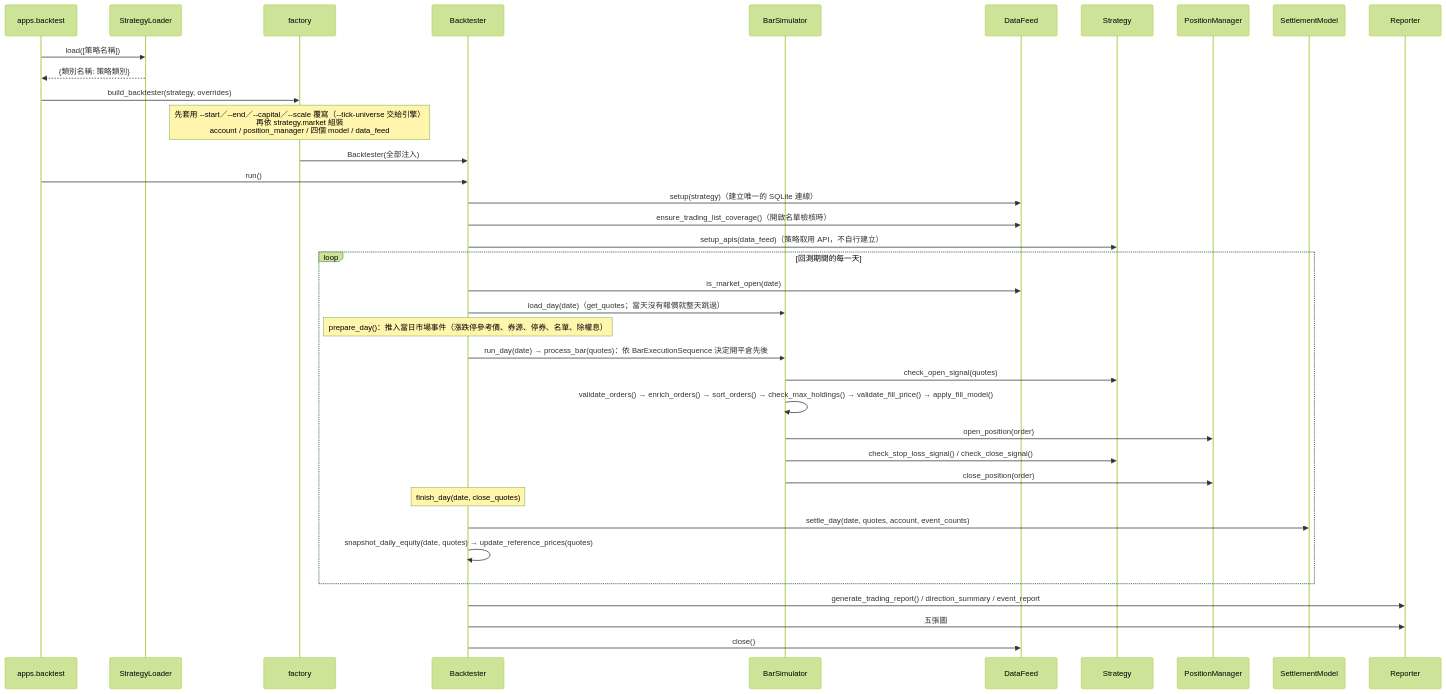
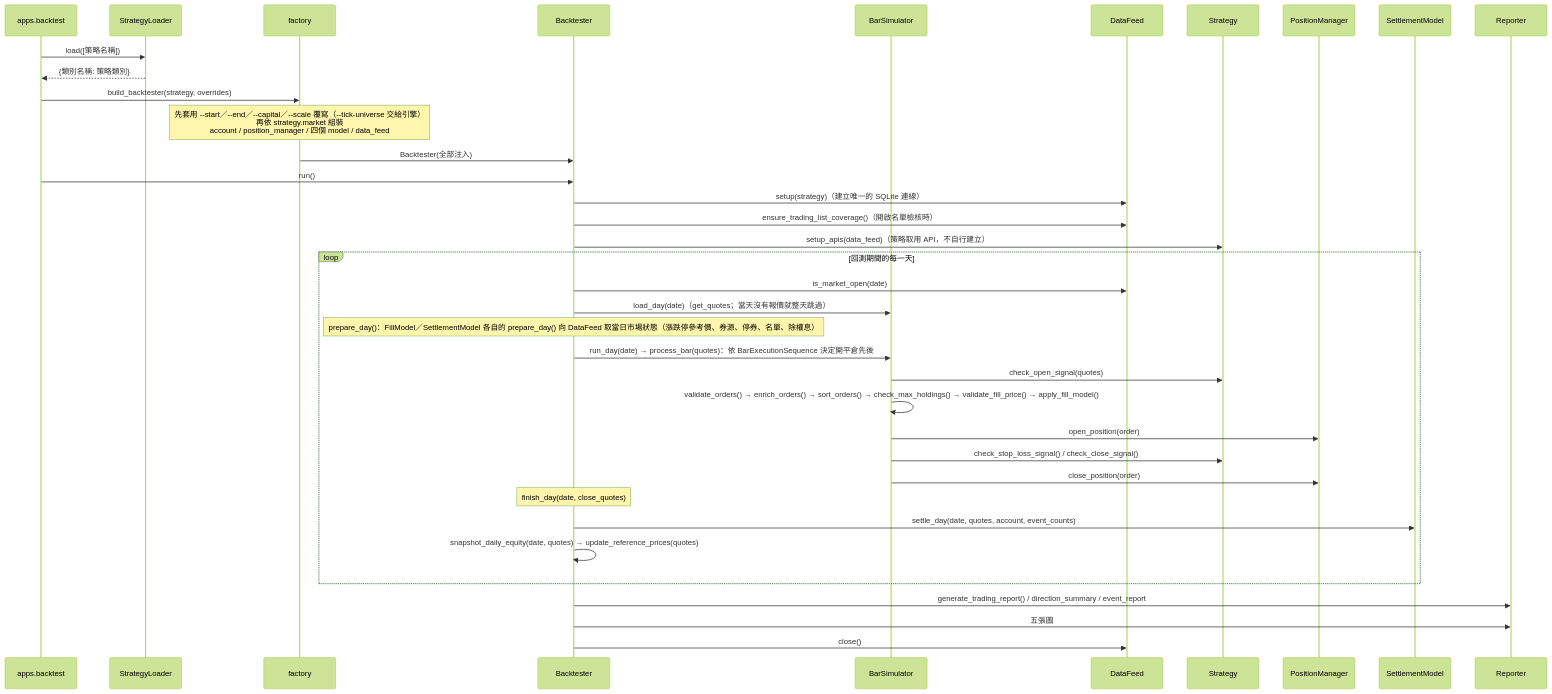
Before and after one commit to NYFund/alphaedge: the diagram in docs/backtest/module-map.md, drawn with Mermaid (forest theme). The commit also changed 11 other files, not shown here.

First line of the commit message:
refactor(backtest): 每日市場狀態改由各 model 的 prepare_day() 自己準備

````diff
--- a/docs/backtest/module-map.md
+++ b/docs/backtest/module-map.md
@@ -65,43 +65,43 @@
 ```mermaid
 sequenceDiagram
     participant CLI as apps.backtest
     participant Loader as StrategyLoader
     participant F as factory
     participant BT as Backtester
     participant Sim as BarSimulator
     participant Feed as DataFeed
     participant S as Strategy
     participant PM as PositionManager
     participant SM as SettlementModel
     participant R as Reporter
 
     CLI->>Loader: load([策略名稱])
     Loader-->>CLI: {類別名稱: 策略類別}
     CLI->>F: build_backtester(strategy, overrides)
 
     Note over F: 先套用 --start／--end／--capital／--scale 覆寫（--tick-universe 交給引擎）<br/>再依 strategy.market 組裝<br/>account / position_manager / 四個 model / data_feed
     F->>BT: Backtester(全部注入)
     CLI->>BT: run()
     BT->>Feed: setup(strategy)（建立唯一的 SQLite 連線）
     BT->>Feed: ensure_trading_list_coverage()（開啟名單檢核時）
     BT->>S: setup_apis(data_feed)（策略取用 API，不自行建立）
 
     loop 回測期間的每一天
         BT->>Feed: is_market_open(date)
         BT->>Sim: load_day(date)（get_quotes；當天沒有報價就整天跳過）
-        Note over BT: prepare_day()：推入當日市場事件（漲跌停參考價、券源、停券、名單、除權息）
+        Note over BT: prepare_day()：FillModel／SettlementModel 各自的 prepare_day() 向 DataFeed 取當日市場狀態（漲跌停參考價、券源、停券、名單、除權息）
         BT->>Sim: run_day(date) → process_bar(quotes)：依 BarExecutionSequence 決定開平倉先後
         Sim->>S: check_open_signal(quotes)
         Sim->>Sim: validate_orders() → enrich_orders() → sort_orders() → check_max_holdings() → validate_fill_price() → apply_fill_model()
         Sim->>PM: open_position(order)
         Sim->>S: check_stop_loss_signal() / check_close_signal()
         Sim->>PM: close_position(order)
         Note over BT: finish_day(date, close_quotes)
         BT->>SM: settle_day(date, quotes, account, event_counts)
         BT->>BT: snapshot_daily_equity(date, quotes) → update_reference_prices(quotes)
     end
 
     BT->>R: generate_trading_report() / direction_summary / event_report
     BT->>R: 五張圖
     BT->>Feed: close()
 ```
````
